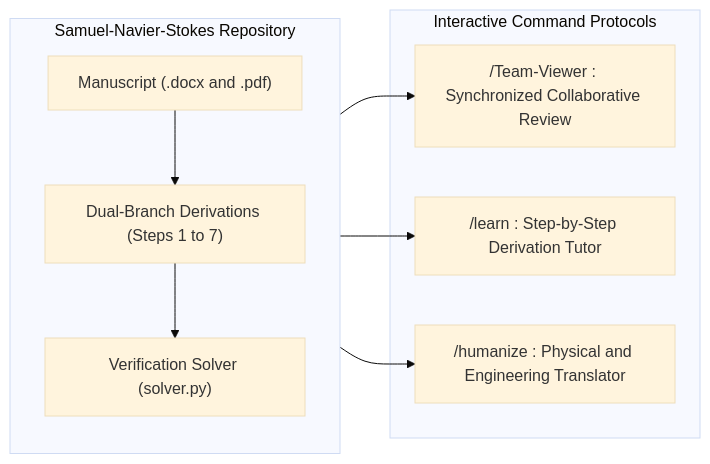
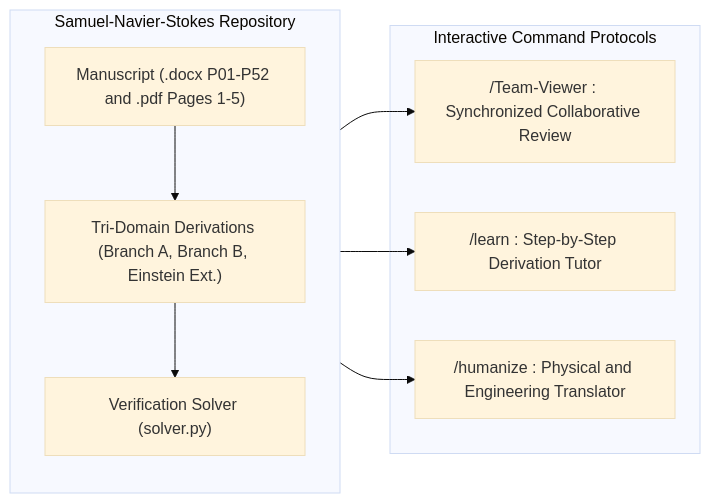
Before and after one commit to SamuelPurba/Samuel-Navier-Stocks-Equation-Solution: the second of 3 diagrams in README.md, drawn with Mermaid (base theme). The commit also changed other lines of this file and 5 other files, not shown here.

````diff
--- a/README.md
+++ b/README.md
@@ -517,20 +590,20 @@
 ```mermaid
 flowchart LR
     subgraph Repo["Samuel-Navier-Stokes Repository"]
-        M1["Manuscript (.docx and .pdf)"]
-        M2["Dual-Branch Derivations (Steps 1 to 7)"]
+        M1["Manuscript (.docx P01-P52 and .pdf Pages 1-5)"]
+        M2["Tri-Domain Derivations (Branch A, Branch B, Einstein Ext.)"]
         M3["Verification Solver (solver.py)"]
         M1 --> M2
         M2 --> M3
     end
 
     subgraph Commands["Interactive Command Protocols"]
         C1["/Team-Viewer : Synchronized Collaborative Review"]
         C2["/learn : Step-by-Step Derivation Tutor"]
         C3["/humanize : Physical and Engineering Translator"]
     end
 
     Repo --> C1
     Repo --> C2
     Repo --> C3
 ```
````
